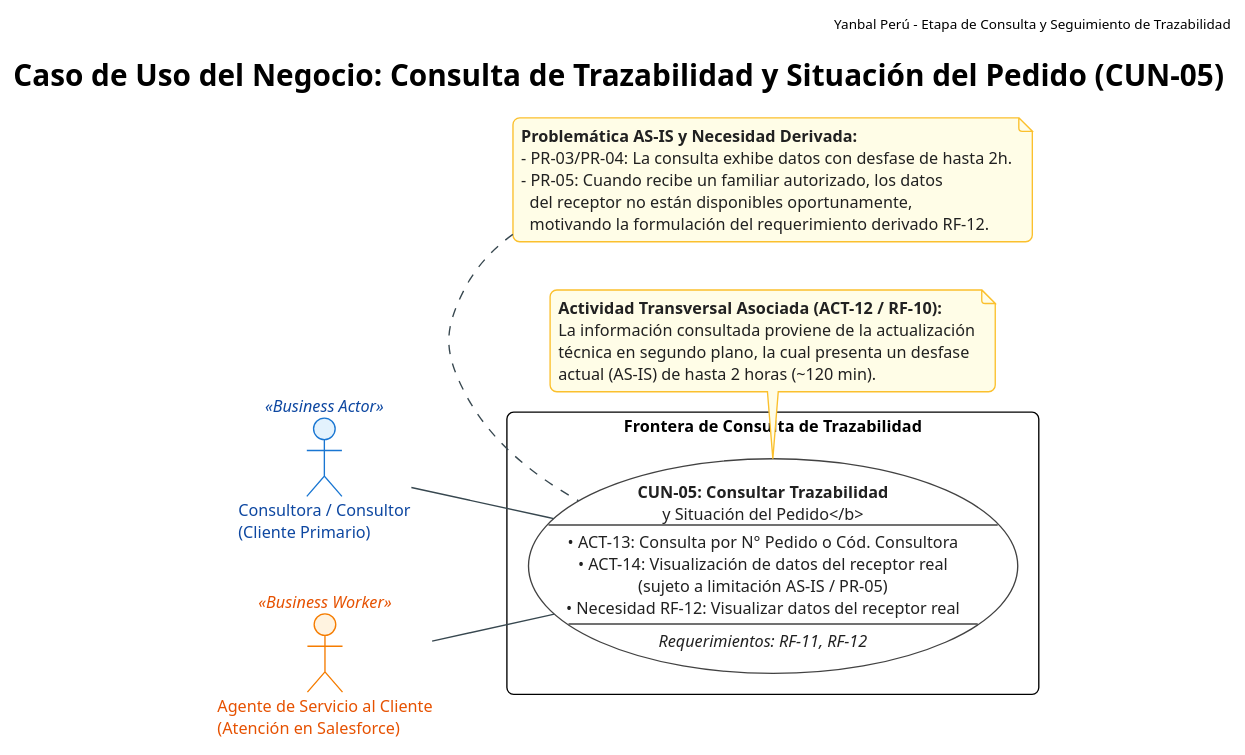
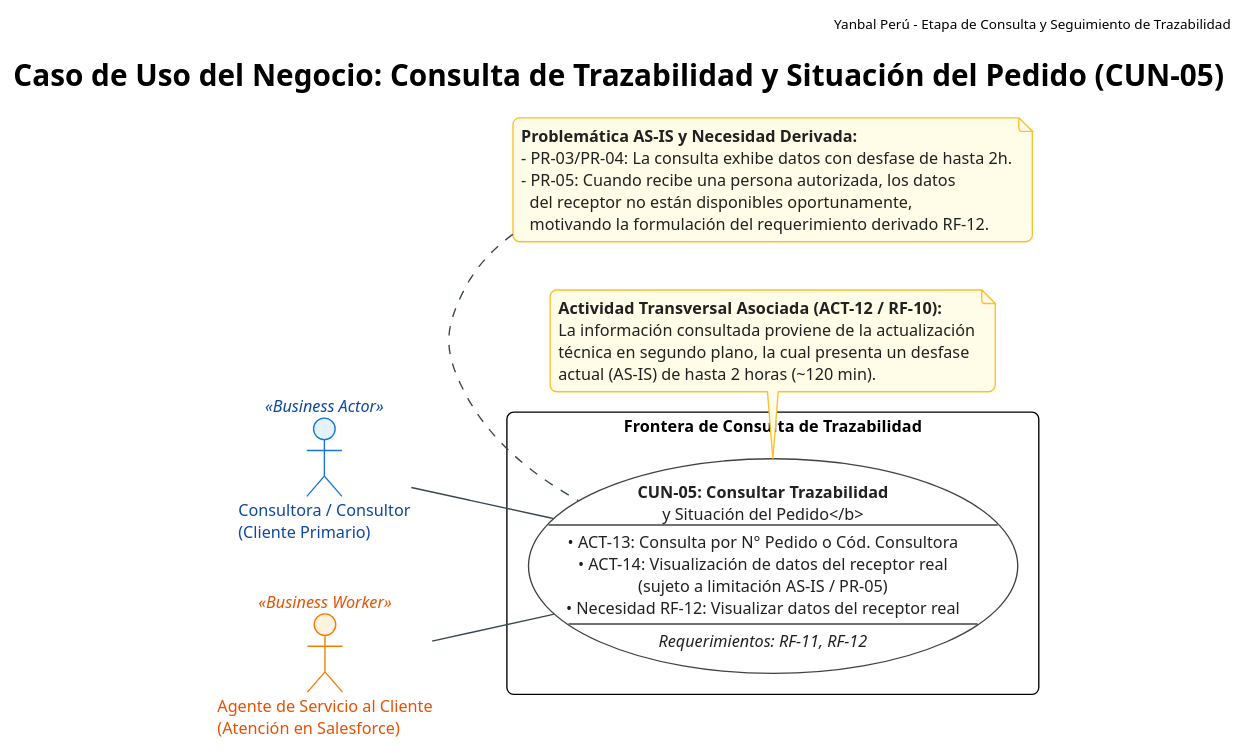
The diagram in arq-emp AS-IS/Diagrama de Casos de Uso del Negocio (CUN)/CUN_Paquete_Consulta.puml (SaraviaH/arq-emp), drawn with PlantUML before and after one commit. The commit also changed 50 other files, not shown here.

```diff
--- a/arq-emp AS-IS/Diagrama de Casos de Uso del Negocio (CUN)/CUN_Paquete_Consulta.puml
+++ b/arq-emp AS-IS/Diagrama de Casos de Uso del Negocio (CUN)/CUN_Paquete_Consulta.puml
@@ -1,65 +1,65 @@
 @startuml CUN_Paquete_Consulta
 !theme plain
 skinparam shadowing false
 skinparam roundcorner 10
 skinparam defaultFontName "Arial"
 skinparam defaultFontSize 12
 
 skinparam actor {
     BackgroundColor<<Business Actor>> #E3F2FD
     BorderColor<<Business Actor>> #1976D2
     FontColor<<Business Actor>> #0D47A1
     
     BackgroundColor<<Business Worker>> #FFF3E0
     BorderColor<<Business Worker>> #F57C00
     FontColor<<Business Worker>> #E65100
 }
 
 skinparam usecase {
     BackgroundColor #FFFFFF
     BorderColor #424242
     ArrowColor #37474F
     FontColor #212121
 }
 
 skinparam note {
     BackgroundColor #FFFDE7
     BorderColor #FBC02D
     FontColor #212121
 }
 
 left to right direction
 
 header Yanbal Perú - Etapa de Consulta y Seguimiento de Trazabilidad
 title Caso de Uso del Negocio: Consulta de Trazabilidad y Situación del Pedido (CUN-05)
 
 actor "Consultora / Consultor\n(Cliente Primario)" as ActorConsultora <<Business Actor>>
 actor "Agente de Servicio al Cliente\n(Atención en Salesforce)" as WorkerAgente <<Business Worker>>
 
 rectangle "Frontera de Consulta de Trazabilidad" {
     usecase "<b>CUN-05: Consultar Trazabilidad\ny Situación del Pedido</b>\n---\n• ACT-13: Consulta por N° Pedido o Cód. Consultora\n• ACT-14: Visualización de datos del receptor real\n(sujeto a limitación AS-IS / PR-05)\n• Necesidad RF-12: Visualizar datos del receptor real\n---\n<i>Requerimientos: RF-11, RF-12</i>" as CUN05
 }
 
 ' =======================================================
 ' RELACIONES DE ASOCIACIÓN (ACTORES <-> CUN)
 ' Asociaciones estándar UML (sin direccionalidad de flujo)
 ' =======================================================
 ActorConsultora -- CUN05
 WorkerAgente -- CUN05
 
 note bottom of CUN05
   <b>Actividad Transversal Asociada (ACT-12 / RF-10):</b>
   La información consultada proviene de la actualización
   técnica en segundo plano, la cual presenta un desfase
   actual (AS-IS) de hasta 2 horas (~120 min).
 end note
 
 note top of CUN05
   <b>Problemática AS-IS y Necesidad Derivada:</b>
   - PR-03/PR-04: La consulta exhibe datos con desfase de hasta 2h.
-  - PR-05: Cuando recibe un familiar autorizado, los datos
+  - PR-05: Cuando recibe una persona autorizada, los datos
     del receptor no están disponibles oportunamente,
     motivando la formulación del requerimiento derivado RF-12.
 end note
 
 @enduml
```
